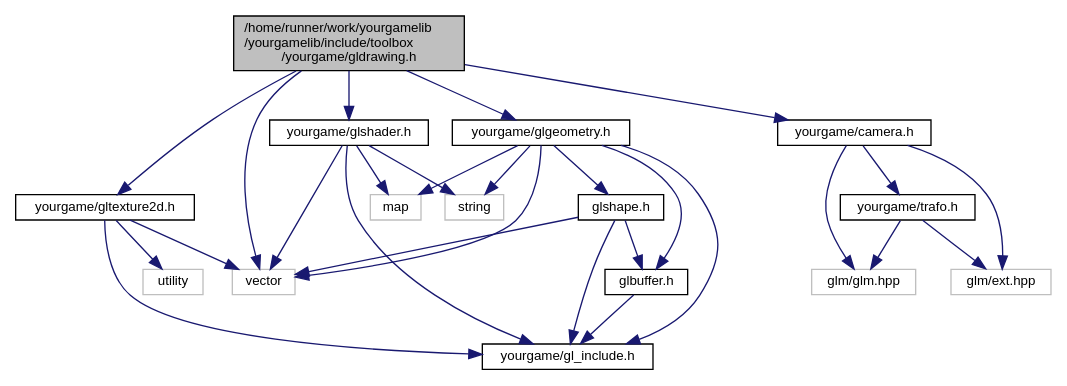
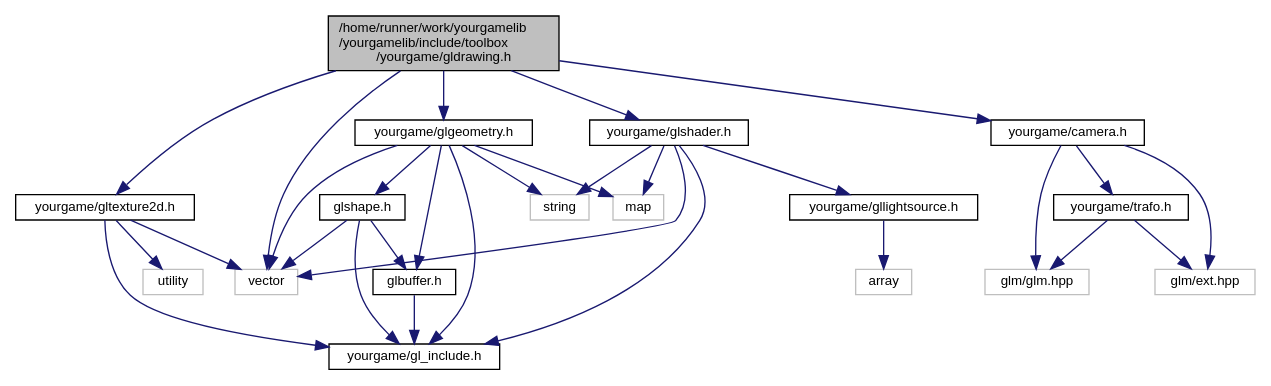
Before and after one commit to duddel/yourgamelib: the diagram in gldrawing_8h__incl.dot, drawn with Graphviz. The commit also changed 73 other files, not shown here.

```diff
--- a/gldrawing_8h__incl.dot
+++ b/gldrawing_8h__incl.dot
@@ -1,47 +1,51 @@
 digraph "/home/runner/work/yourgamelib/yourgamelib/include/toolbox/yourgame/gldrawing.h"
 {
   edge [fontname="Helvetica",fontsize="10",labelfontname="Helvetica",labelfontsize="10"];
   node [fontname="Helvetica",fontsize="10",shape=record];
   Node0 [label="/home/runner/work/yourgamelib\l/yourgamelib/include/toolbox\l/yourgame/gldrawing.h",height=0.2,width=0.4,color="black", fillcolor="grey75", style="filled", fontcolor="black"];
   Node0 -> Node1 [color="midnightblue",fontsize="10",style="solid",fontname="Helvetica"];
   Node1 [label="vector",height=0.2,width=0.4,color="grey75", fillcolor="white", style="filled"];
   Node0 -> Node2 [color="midnightblue",fontsize="10",style="solid",fontname="Helvetica"];
   Node2 [label="yourgame/camera.h",height=0.2,width=0.4,color="black", fillcolor="white", style="filled",URL="$camera_8h.html"];
   Node2 -> Node3 [color="midnightblue",fontsize="10",style="solid",fontname="Helvetica"];
   Node3 [label="glm/glm.hpp",height=0.2,width=0.4,color="grey75", fillcolor="white", style="filled"];
   Node2 -> Node4 [color="midnightblue",fontsize="10",style="solid",fontname="Helvetica"];
   Node4 [label="glm/ext.hpp",height=0.2,width=0.4,color="grey75", fillcolor="white", style="filled"];
   Node2 -> Node5 [color="midnightblue",fontsize="10",style="solid",fontname="Helvetica"];
   Node5 [label="yourgame/trafo.h",height=0.2,width=0.4,color="black", fillcolor="white", style="filled",URL="$trafo_8h.html"];
   Node5 -> Node3 [color="midnightblue",fontsize="10",style="solid",fontname="Helvetica"];
   Node5 -> Node4 [color="midnightblue",fontsize="10",style="solid",fontname="Helvetica"];
   Node0 -> Node6 [color="midnightblue",fontsize="10",style="solid",fontname="Helvetica"];
   Node6 [label="yourgame/glgeometry.h",height=0.2,width=0.4,color="black", fillcolor="white", style="filled",URL="$glgeometry_8h.html"];
   Node6 -> Node7 [color="midnightblue",fontsize="10",style="solid",fontname="Helvetica"];
   Node7 [label="string",height=0.2,width=0.4,color="grey75", fillcolor="white", style="filled"];
   Node6 -> Node8 [color="midnightblue",fontsize="10",style="solid",fontname="Helvetica"];
   Node8 [label="map",height=0.2,width=0.4,color="grey75", fillcolor="white", style="filled"];
   Node6 -> Node1 [color="midnightblue",fontsize="10",style="solid",fontname="Helvetica"];
   Node6 -> Node9 [color="midnightblue",fontsize="10",style="solid",fontname="Helvetica"];
   Node9 [label="yourgame/gl_include.h",height=0.2,width=0.4,color="black", fillcolor="white", style="filled",URL="$gl__include_8h.html"];
   Node6 -> Node10 [color="midnightblue",fontsize="10",style="solid",fontname="Helvetica"];
   Node10 [label="glbuffer.h",height=0.2,width=0.4,color="black", fillcolor="white", style="filled",URL="$glbuffer_8h.html"];
   Node10 -> Node9 [color="midnightblue",fontsize="10",style="solid",fontname="Helvetica"];
   Node6 -> Node11 [color="midnightblue",fontsize="10",style="solid",fontname="Helvetica"];
   Node11 [label="glshape.h",height=0.2,width=0.4,color="black", fillcolor="white", style="filled",URL="$glshape_8h.html"];
   Node11 -> Node1 [color="midnightblue",fontsize="10",style="solid",fontname="Helvetica"];
   Node11 -> Node9 [color="midnightblue",fontsize="10",style="solid",fontname="Helvetica"];
   Node11 -> Node10 [color="midnightblue",fontsize="10",style="solid",fontname="Helvetica"];
   Node0 -> Node12 [color="midnightblue",fontsize="10",style="solid",fontname="Helvetica"];
   Node12 [label="yourgame/glshader.h",height=0.2,width=0.4,color="black", fillcolor="white", style="filled",URL="$glshader_8h.html"];
   Node12 -> Node7 [color="midnightblue",fontsize="10",style="solid",fontname="Helvetica"];
   Node12 -> Node1 [color="midnightblue",fontsize="10",style="solid",fontname="Helvetica"];
   Node12 -> Node8 [color="midnightblue",fontsize="10",style="solid",fontname="Helvetica"];
   Node12 -> Node9 [color="midnightblue",fontsize="10",style="solid",fontname="Helvetica"];
-  Node0 -> Node13 [color="midnightblue",fontsize="10",style="solid",fontname="Helvetica"];
-  Node13 [label="yourgame/gltexture2d.h",height=0.2,width=0.4,color="black", fillcolor="white", style="filled",URL="$gltexture2d_8h.html"];
-  Node13 -> Node1 [color="midnightblue",fontsize="10",style="solid",fontname="Helvetica"];
+  Node12 -> Node13 [color="midnightblue",fontsize="10",style="solid",fontname="Helvetica"];
+  Node13 [label="yourgame/gllightsource.h",height=0.2,width=0.4,color="black", fillcolor="white", style="filled",URL="$gllightsource_8h.html"];
   Node13 -> Node14 [color="midnightblue",fontsize="10",style="solid",fontname="Helvetica"];
-  Node14 [label="utility",height=0.2,width=0.4,color="grey75", fillcolor="white", style="filled"];
-  Node13 -> Node9 [color="midnightblue",fontsize="10",style="solid",fontname="Helvetica"];
+  Node14 [label="array",height=0.2,width=0.4,color="grey75", fillcolor="white", style="filled"];
+  Node0 -> Node15 [color="midnightblue",fontsize="10",style="solid",fontname="Helvetica"];
+  Node15 [label="yourgame/gltexture2d.h",height=0.2,width=0.4,color="black", fillcolor="white", style="filled",URL="$gltexture2d_8h.html"];
+  Node15 -> Node1 [color="midnightblue",fontsize="10",style="solid",fontname="Helvetica"];
+  Node15 -> Node16 [color="midnightblue",fontsize="10",style="solid",fontname="Helvetica"];
+  Node16 [label="utility",height=0.2,width=0.4,color="grey75", fillcolor="white", style="filled"];
+  Node15 -> Node9 [color="midnightblue",fontsize="10",style="solid",fontname="Helvetica"];
 }
```
